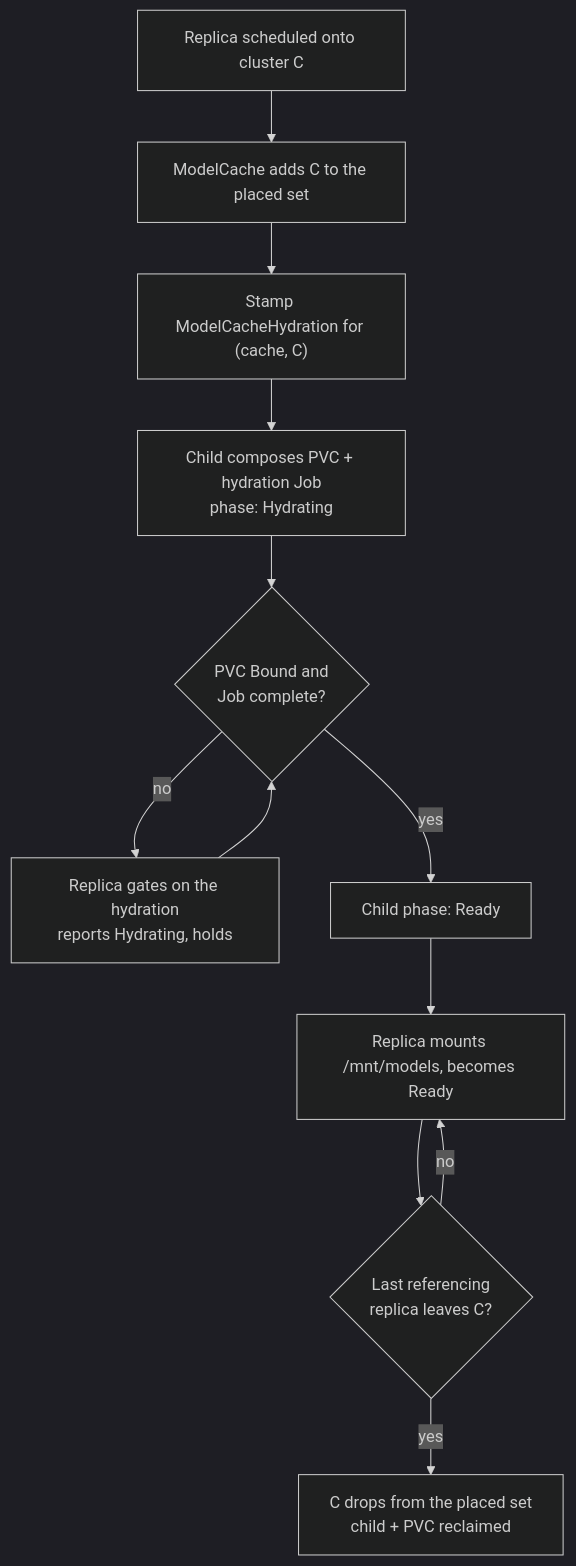
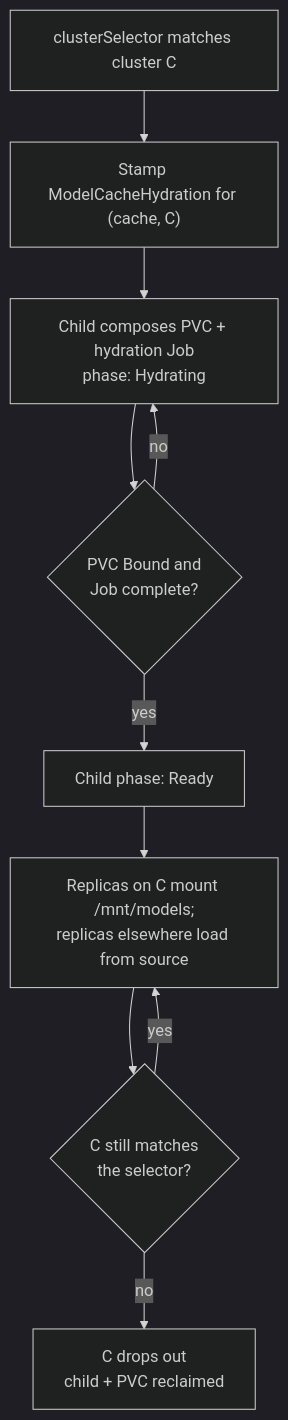
Before and after one commit to modelplaneai/modelplane: the second of 2 diagrams in design/modelcache-hydration.md, drawn with Mermaid (dark theme). The commit also changed other lines of this file, not shown here.

````diff
--- a/design/modelcache-hydration.md
+++ b/design/modelcache-hydration.md
@@ -191,14 +197,12 @@
 ```mermaid
 flowchart TD
-    A["Replica scheduled onto cluster C"] --> B["ModelCache adds C to the placed set"]
-    B --> C["Stamp ModelCacheHydration for (cache, C)"]
-    C --> D["Child composes PVC + hydration Job\nphase: Hydrating"]
-    D --> E{"PVC Bound and\nJob complete?"}
-    E -- no --> F["Replica gates on the hydration\nreports Hydrating, holds"]
-    F --> E
-    E -- yes --> G["Child phase: Ready"]
-    G --> H["Replica mounts /mnt/models, becomes Ready"]
-    H --> I{"Last referencing\nreplica leaves C?"}
-    I -- no --> H
-    I -- yes --> J["C drops from the placed set\nchild + PVC reclaimed"]
+    A["clusterSelector matches cluster C"] --> B["Stamp ModelCacheHydration for (cache, C)"]
+    B --> C["Child composes PVC + hydration Job\nphase: Hydrating"]
+    C --> D{"PVC Bound and\nJob complete?"}
+    D -- no --> C
+    D -- yes --> E["Child phase: Ready"]
+    E --> F["Replicas on C mount /mnt/models;\nreplicas elsewhere load from source"]
+    F --> G{"C still matches\nthe selector?"}
+    G -- yes --> F
+    G -- no --> H["C drops out\nchild + PVC reclaimed"]
 ```
````
